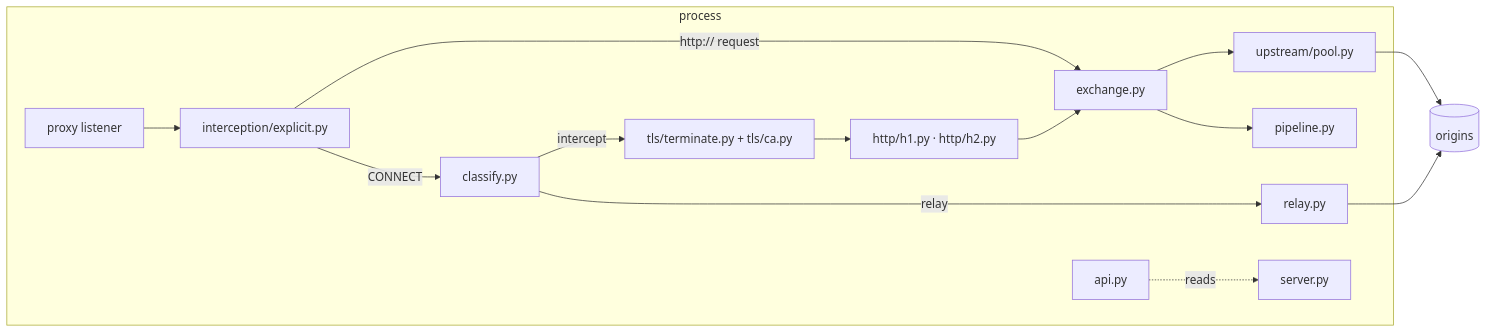
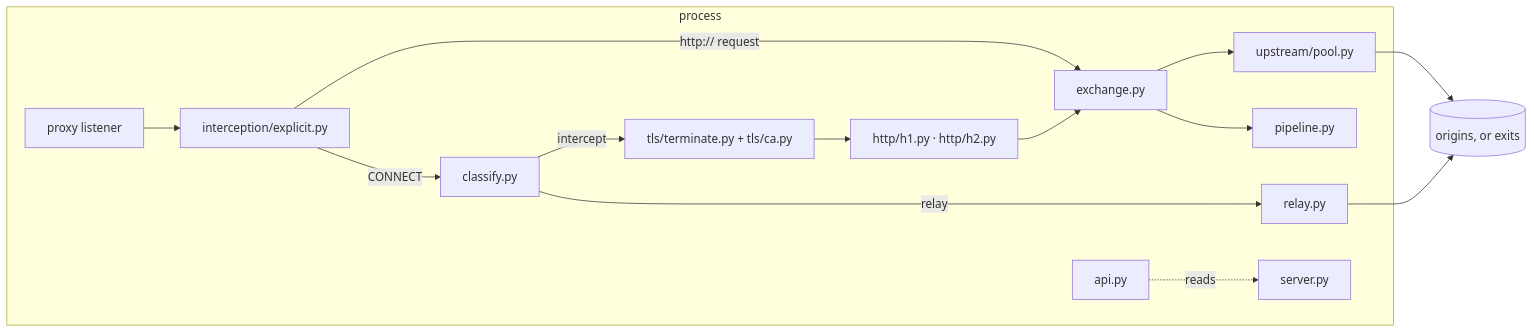
The diagram in docs/wiki/Architecture-Internals.md (metalayerlab/mitm-proxy), drawn with Mermaid before and after one commit. The commit also changed other lines of this file and 9 other files, not shown here.

````diff
--- a/docs/wiki/Architecture-Internals.md
+++ b/docs/wiki/Architecture-Internals.md
@@ -9,17 +9,17 @@
 ```mermaid
 flowchart LR
     subgraph process
         L[proxy listener] --> SRC[interception/explicit.py]
         SRC -->|CONNECT| CL[classify.py]
         SRC -->|http:// request| EX
         CL -->|relay| RL[relay.py]
         CL -->|intercept| TLS[tls/terminate.py + tls/ca.py]
         TLS --> H[http/h1.py · http/h2.py]
         H --> EX[exchange.py]
         EX --> PL[pipeline.py]
         EX --> POOL[upstream/pool.py]
         API[api.py] -.reads.-> SRV[server.py]
     end
-    POOL --> O[(origins)]
+    POOL --> O[(origins, or exits)]
     RL --> O
 ```
````
